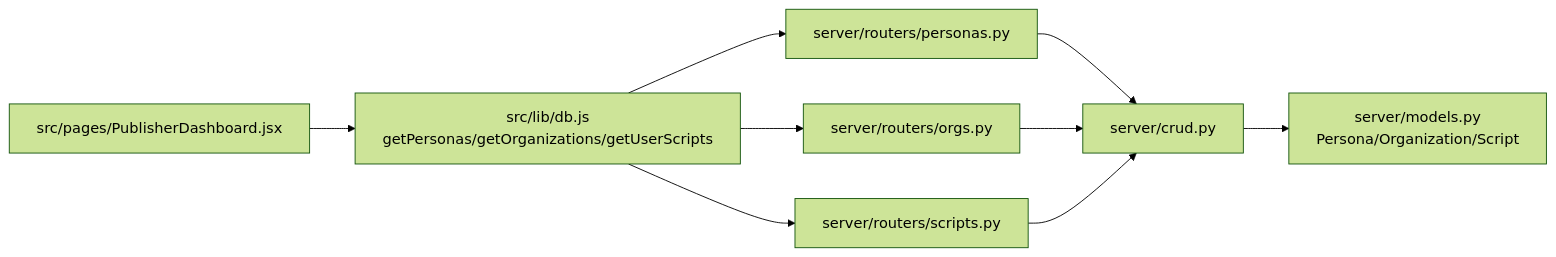
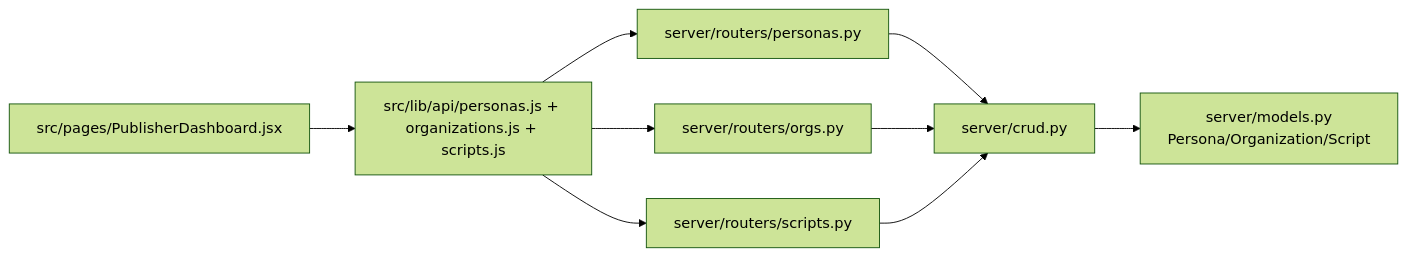
The fourth of 15 diagrams in docs/product/data-flows.md (Shawn-csy/write_project), drawn with Mermaid (forest theme) before and after one commit. The commit also changed other lines of this file and 113 other files, not shown here.

````diff
--- a/docs/product/data-flows.md
+++ b/docs/product/data-flows.md
@@ -61,11 +61,11 @@
 ```mermaid
 flowchart LR
-  A[src/pages/PublisherDashboard.jsx] --> B[src/lib/db.js\ngetPersonas/getOrganizations/getUserScripts]
+  A[src/pages/PublisherDashboard.jsx] --> B[src/lib/api/personas.js + organizations.js + scripts.js]
   B --> C[server/routers/personas.py]
   B --> D[server/routers/orgs.py]
   B --> E[server/routers/scripts.py]
   C --> F[server/crud.py]
   D --> F
   E --> F
   F --> G[server/models.py\nPersona/Organization/Script]
 ```
````
